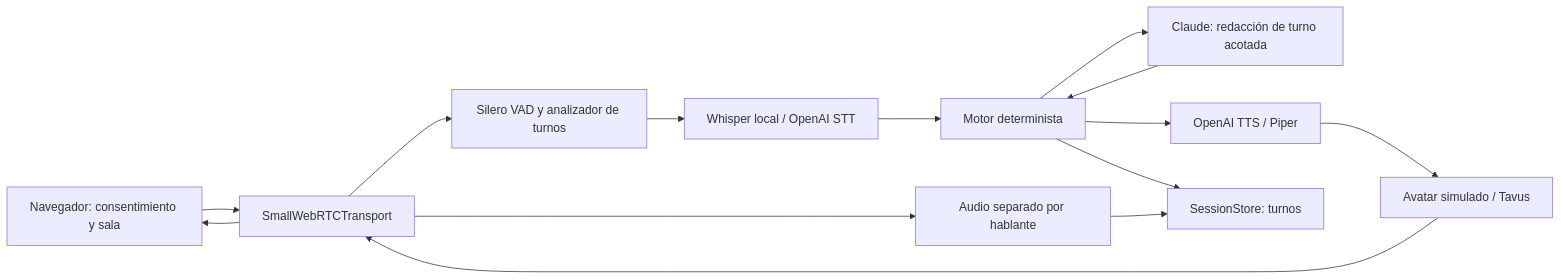
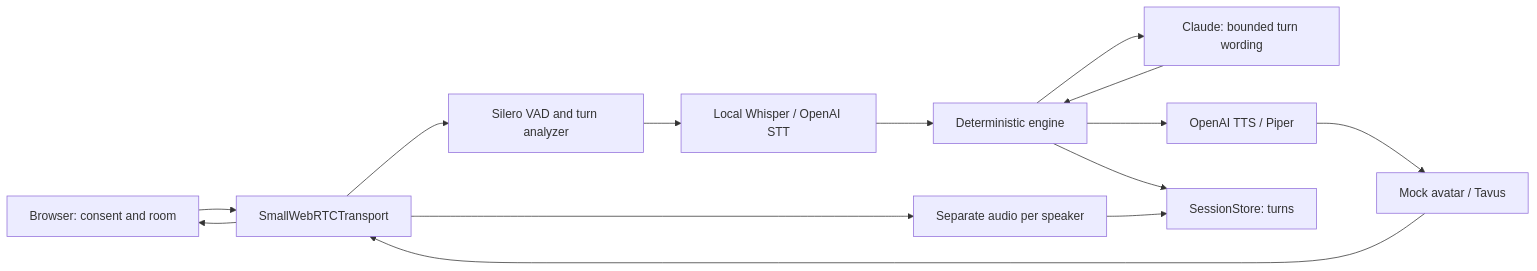
One commit to sebastianbasadre/ai-interviewer changed the first of 2 diagrams in docs/ARCHITECTURE.md. Above: the diagram before and after it, drawn with Mermaid. The commit also changed other lines of this file and 18 other files, not shown here.

````diff
--- a/docs/ARCHITECTURE.md
+++ b/docs/ARCHITECTURE.md
@@ -25,16 +21,16 @@
 ```mermaid
 flowchart LR
-    B[Navegador: consentimiento y sala] --> W[SmallWebRTCTransport]
-    W --> V[Silero VAD y analizador de turnos]
-    V --> S[Whisper local / OpenAI STT]
-    S --> E[Motor determinista]
-    E --> L[Claude: redacción de turno acotada]
+    B[Browser: consent and room] --> W[SmallWebRTCTransport]
+    W --> V[Silero VAD and turn analyzer]
+    V --> S[Local Whisper / OpenAI STT]
+    S --> E[Deterministic engine]
+    E --> L[Claude: bounded turn wording]
     L --> E
     E --> T[OpenAI TTS / Piper]
-    T --> A[Avatar simulado / Tavus]
+    T --> A[Mock avatar / Tavus]
     A --> W
     W --> B
-    E --> R[SessionStore: turnos]
-    W --> C[Audio separado por hablante]
+    E --> R[SessionStore: turns]
+    W --> C[Separate audio per speaker]
     C --> R
 ```
````
